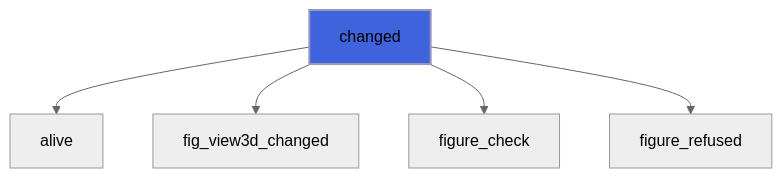
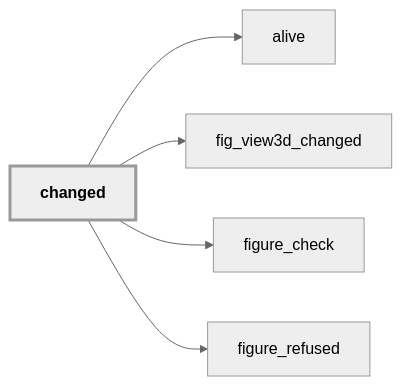
The seventh of 39 diagrams in docs/api/src/lib/figure_view3d.md (szaghi/figure), drawn with Mermaid (neutral theme) before and after one commit. The commit also changed other lines of this file and 54 other files, not shown here.

````diff
--- a/docs/api/src/lib/figure_view3d.md
+++ b/docs/api/src/lib/figure_view3d.md
@@ -373,8 +432,13 @@
 ```mermaid
-flowchart TD
+flowchart LR
   changed["changed"] --> alive["alive"]
   changed["changed"] --> fig_view3d_changed["fig_view3d_changed"]
   changed["changed"] --> figure_check["figure_check"]
   changed["changed"] --> figure_refused["figure_refused"]
-  style changed fill:#3e63dd,stroke:#99b,stroke-width:2px
+  classDef focus stroke-width:3px,font-weight:bold
+  class changed focus
+  click figure_refused href "figure_base.html#figure-refused" "figure_refused"
+  click alive href "#alive" "alive"
+  click figure_check href "figure_base.html#figure-check" "figure_check"
+  click fig_view3d_changed href "#fig-view3d-changed" "fig_view3d_changed"
 ```
````
